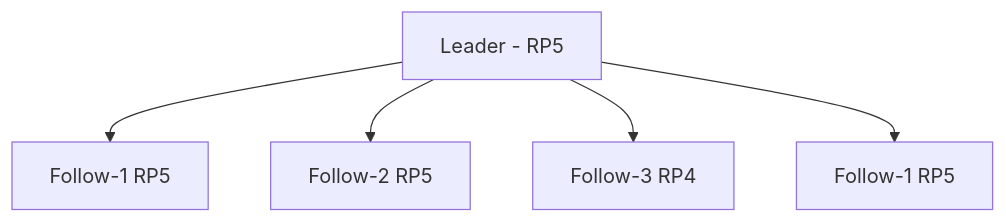
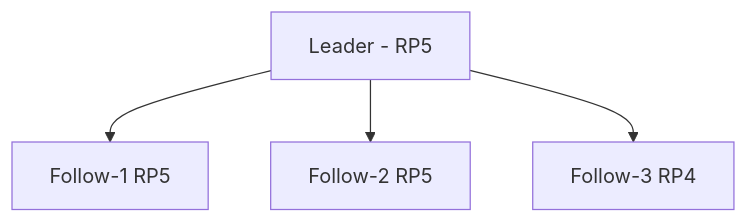
The diagram in readme.md (IrrelevantElephant/homelab), drawn with Mermaid before and after one commit. The commit also changed other lines of this file and 2 other files, not shown here.

````diff
--- a/readme.md
+++ b/readme.md
@@ -5,7 +5,6 @@
 ```mermaid
 flowchart TD
     Leader[Leader - RP5] --> Follower1[Follow-1 RP5]
     Leader --> Follower2[Follow-2 RP5]
     Leader --> Follower3[Follow-3 RP4]
-    Leader --> Follower4[Follow-1 RP5]
 ```
````
